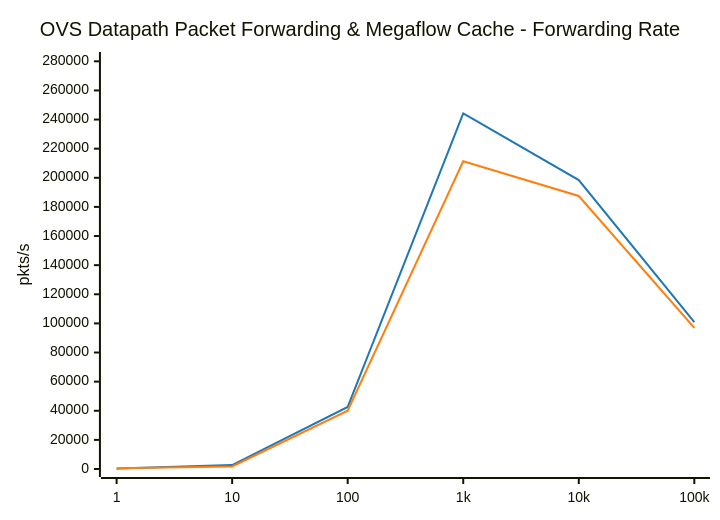
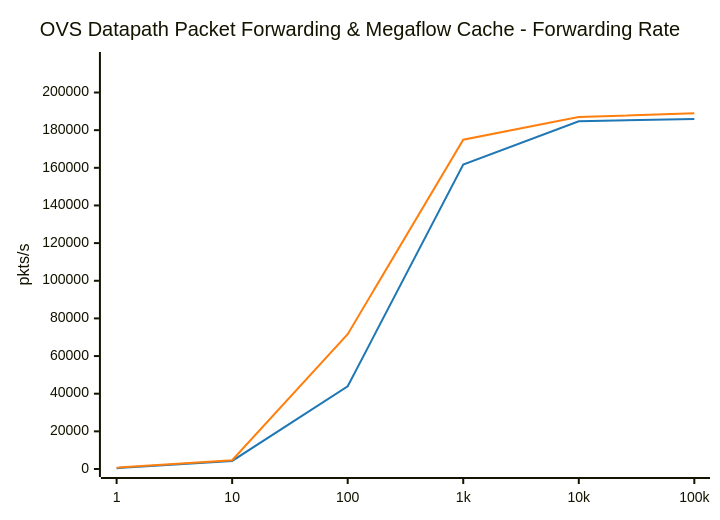
Before and after one commit to LionelJouin/ovs-ovn-bench: diagram 13 of 16 in results/BENCHMARK_REPORT.md, drawn with Mermaid. The commit also changed other lines of this file and 1 other file, not shown here.

````diff
--- a/results/BENCHMARK_REPORT.md
+++ b/results/BENCHMARK_REPORT.md
@@ -644,14 +644,14 @@
 ```mermaid
 ---
 config:
     themeVariables:
         xyChart:
             plotColorPalette: "#1f77b4, #ff7f0e"
 ---
 xychart-beta
     title "OVS Datapath Packet Forwarding & Megaflow Cache - Forwarding Rate"
     x-axis ["1", "10", "100", "1k", "10k", "100k"]
-    y-axis "pkts/s" 0 --> 280899
-    line "glibc malloc" [228.5, 2727.0, 42589.4, 244259.9, 198416.6, 100902.6]
-    line "jemalloc" [466.4, 1790.8, 40016.0, 211327.1, 187504.7, 96948.2]
+    y-axis "pkts/s" 0 --> 217272
+    line "glibc malloc" [446.0, 4304.8, 43917.4, 161786.1, 184699.5, 185947.6]
+    line "jemalloc" [684.9, 4659.8, 71633.2, 174916.9, 187034.8, 188931.6]
 ```
````
